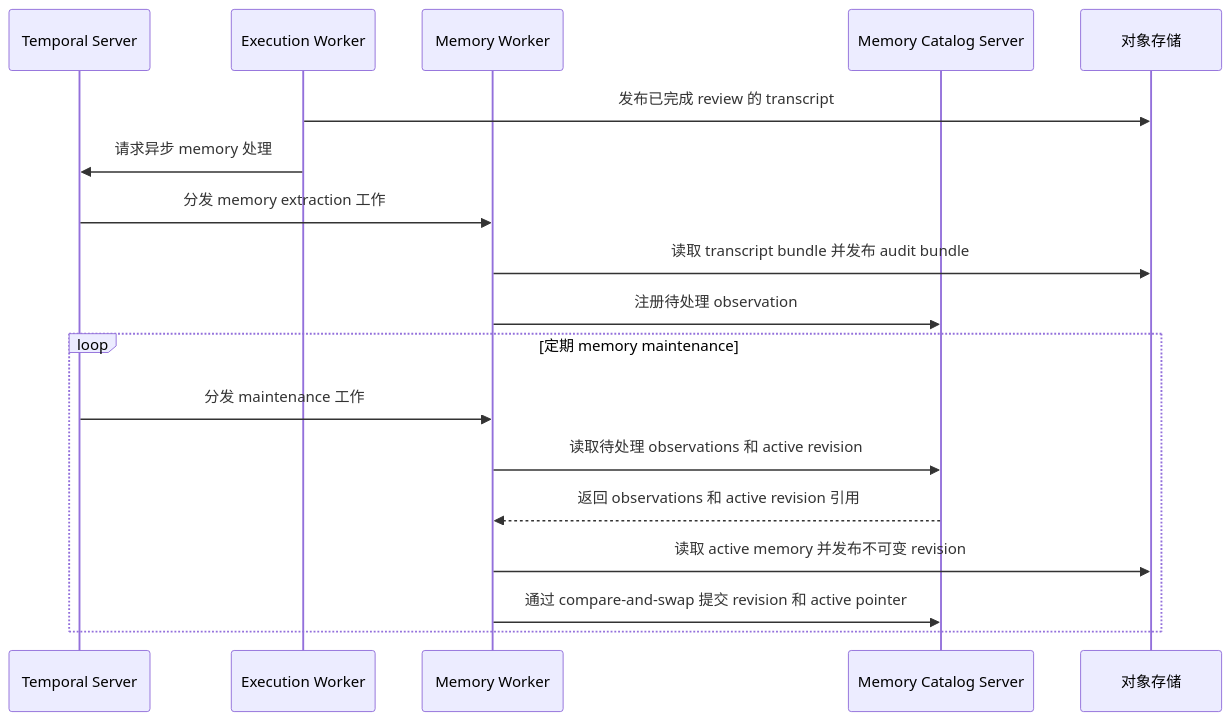
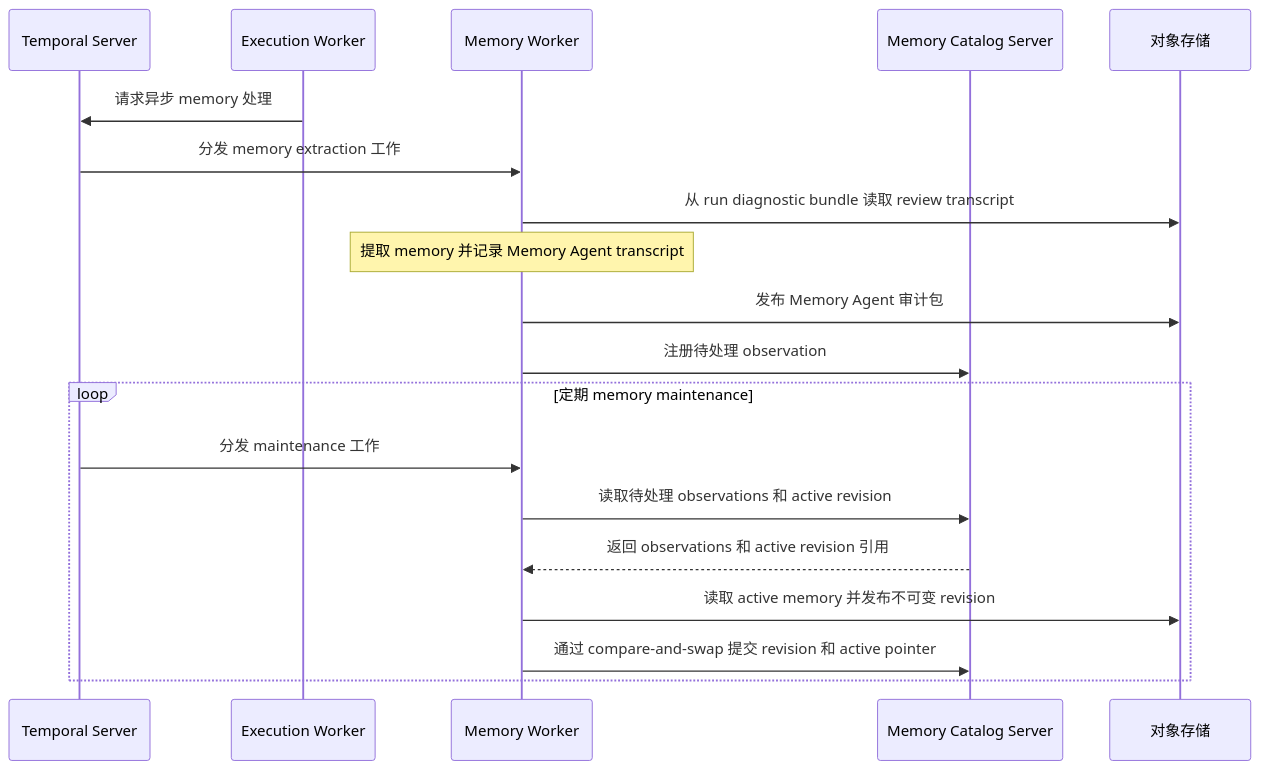
Before and after one commit to Agent-AI-Chalmers/sec-review-bot: the second of 2 diagrams in docs/architecture/SYSTEM_ARCHITECTURE.zh.md, drawn with Mermaid. The commit also changed other lines of this file and 49 other files, not shown here.

First line of the commit message:
refactor: let execution workers publish run diagnostics (#153)

````diff
--- a/docs/architecture/SYSTEM_ARCHITECTURE.zh.md
+++ b/docs/architecture/SYSTEM_ARCHITECTURE.zh.md
@@ -65,21 +65,22 @@
 ```mermaid
 sequenceDiagram
   participant Temporal as Temporal Server
   participant ExecutionWorker as Execution Worker
   participant MemoryWorker as Memory Worker
   participant Catalog as Memory Catalog Server
   participant Storage as 对象存储
 
-  ExecutionWorker->>Storage: 发布已完成 review 的 transcript
   ExecutionWorker->>Temporal: 请求异步 memory 处理
   Temporal->>MemoryWorker: 分发 memory extraction 工作
-  MemoryWorker->>Storage: 读取 transcript bundle 并发布 audit bundle
+  MemoryWorker->>Storage: 从 run diagnostic bundle 读取 review transcript
+  Note over MemoryWorker: 提取 memory 并记录 Memory Agent transcript
+  MemoryWorker->>Storage: 发布 Memory Agent 审计包
   MemoryWorker->>Catalog: 注册待处理 observation
   loop 定期 memory maintenance
     Temporal->>MemoryWorker: 分发 maintenance 工作
     MemoryWorker->>Catalog: 读取待处理 observations 和 active revision
     Catalog-->>MemoryWorker: 返回 observations 和 active revision 引用
     MemoryWorker->>Storage: 读取 active memory 并发布不可变 revision
     MemoryWorker->>Catalog: 通过 compare-and-swap 提交 revision 和 active pointer
   end
 ```
````
